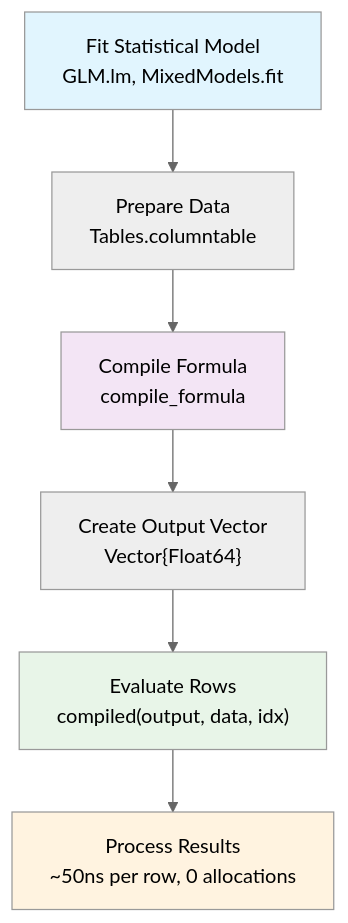
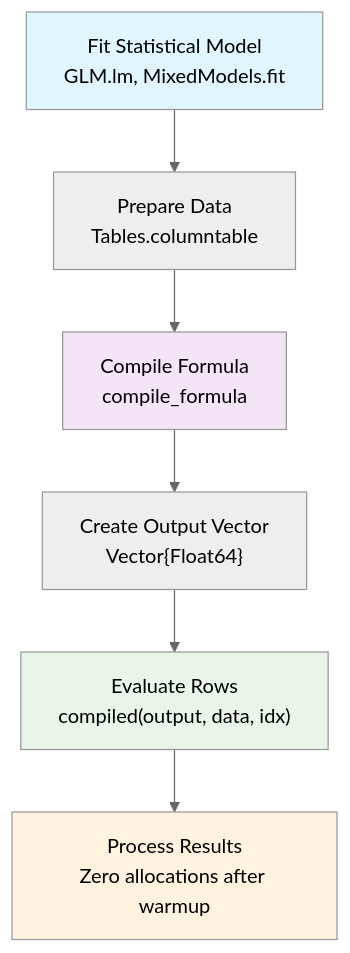
The diagram in docs/src/assets/diagrams_README_diagram_1.mmd (emfeltham/FormulaCompiler.jl), drawn with Mermaid (neutral theme) before and after one commit. The commit also changed 11 other files, not shown here.

Commit message:
docs: diagrams

```diff
--- a/docs/src/assets/diagrams_README_diagram_1.mmd
+++ b/docs/src/assets/diagrams_README_diagram_1.mmd
@@ -1,11 +1,11 @@
 flowchart TD
     A["Fit Statistical Model<br>GLM.lm, MixedModels.fit"] --> B["Prepare Data<br>Tables.columntable"]
     B --> C["Compile Formula<br>compile_formula"] 
     C --> D["Create Output Vector<br>Vector{Float64}"]
     D --> E["Evaluate Rows<br>compiled(output, data, idx)"]
-    E --> F["Process Results<br>~50ns per row, 0 allocations"]
+    E --> F["Process Results<br>Zero allocations after warmup"]
     
     style A fill:#e1f5fe
     style C fill:#f3e5f5
     style E fill:#e8f5e8
     style F fill:#fff3e0
```
